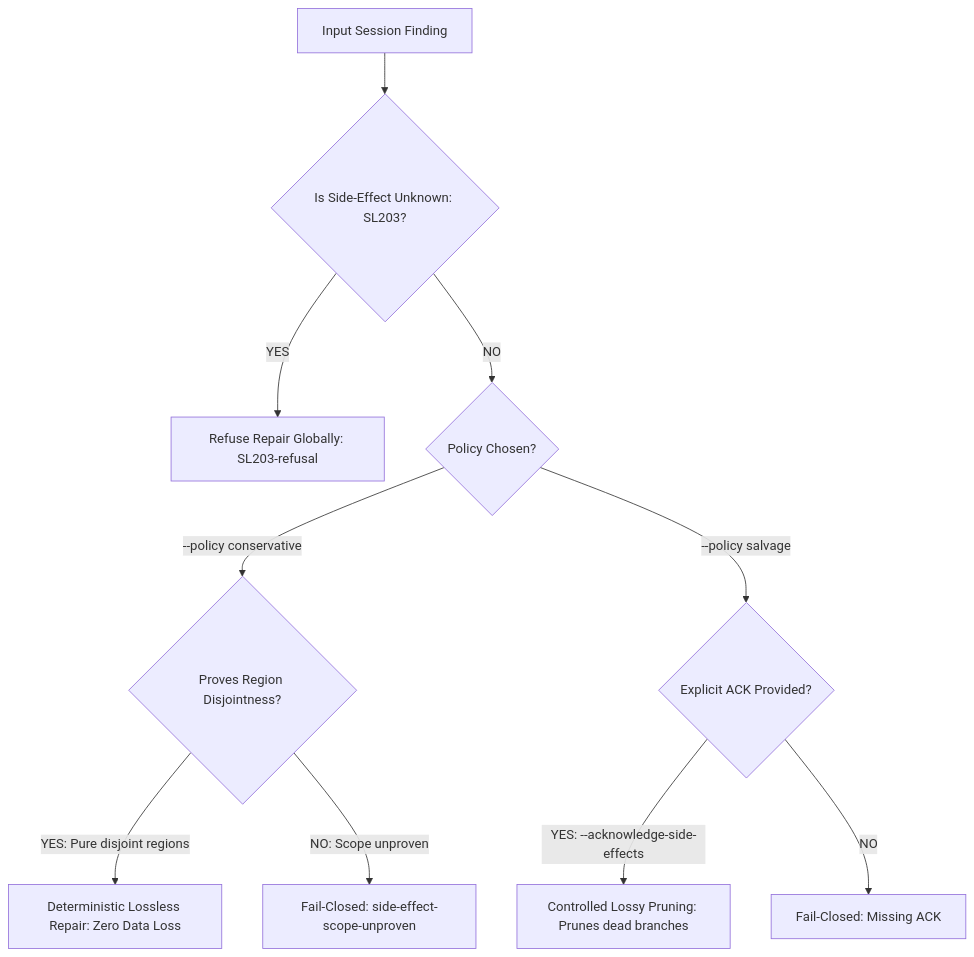
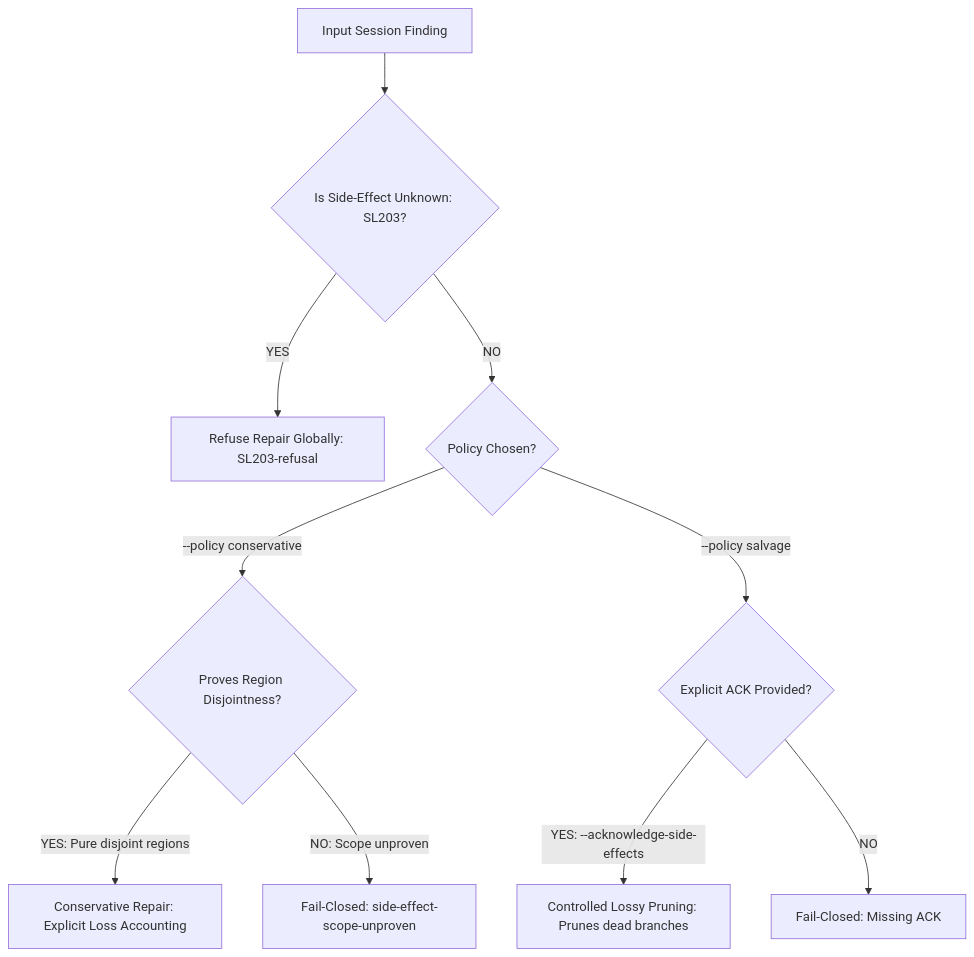
Before and after one commit to HPNChanel/sesslint: the second of 3 diagrams in README.md, drawn with Mermaid. The commit also changed other lines of this file and 178 other files, not shown here.

````diff
--- a/README.md
+++ b/README.md
@@ -980,12 +961,12 @@
 ```mermaid
 flowchart TD
     In[Input Session Finding] --> Q1{Is Side-Effect Unknown: SL203?}
     Q1 -->|YES| RefuseGlobal[Refuse Repair Globally: SL203-refusal]
     Q1 -->|NO| Q2{Policy Chosen?}
     Q2 -->|--policy conservative| ConsCheck{Proves Region Disjointness?}
-    ConsCheck -->|YES: Pure disjoint regions| ConsExec[Deterministic Lossless Repair: Zero Data Loss]
+    ConsCheck -->|YES: Pure disjoint regions| ConsExec[Conservative Repair: Explicit Loss Accounting]
     ConsCheck -->|NO: Scope unproven| ConsRefuse[Fail-Closed: side-effect-scope-unproven]
     Q2 -->|--policy salvage| SalvCheck{Explicit ACK Provided?}
     SalvCheck -->|YES: --acknowledge-side-effects| SalvExec[Controlled Lossy Pruning: Prunes dead branches]
     SalvCheck -->|NO| SalvRefuse[Fail-Closed: Missing ACK]
 ```
````
